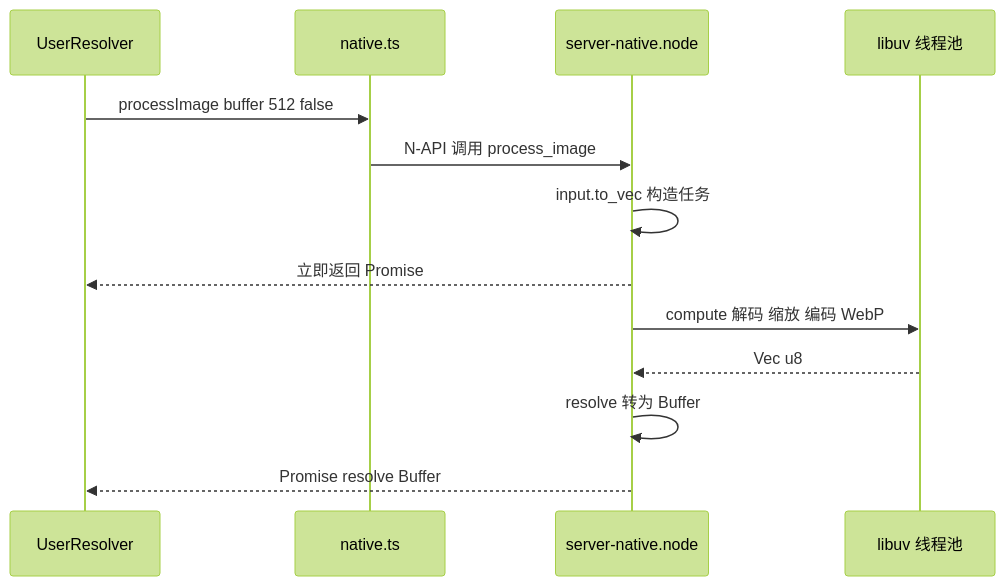
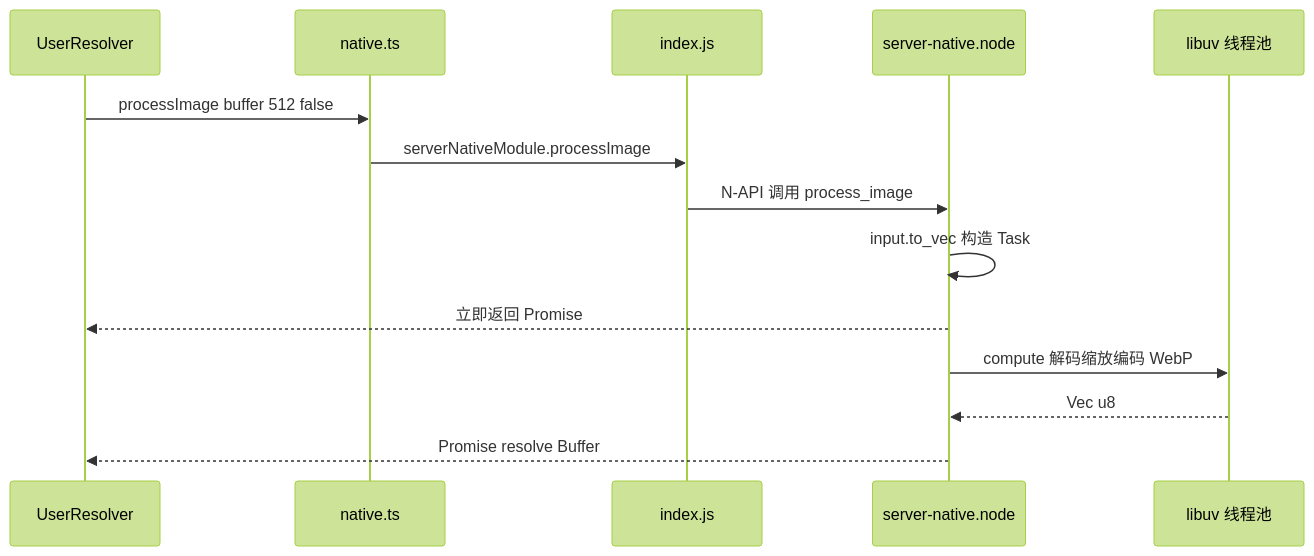
The fifth of 5 diagrams in learning-guide/slides/decks/07.md (lfire/AFFiNE), drawn with Mermaid (forest theme) before and after one commit. The commit also changed other lines of this file and 46 other files, not shown here.

````diff
--- a/learning-guide/slides/decks/07.md
+++ b/learning-guide/slides/decks/07.md
@@ -444,15 +523,16 @@
 ```mermaid
 sequenceDiagram
   participant R as UserResolver
   participant N as native.ts
+  participant J as index.js
   participant B as server-native.node
   participant T as libuv 线程池
   R->>N: processImage buffer 512 false
-  N->>B: N-API 调用 process_image
-  B->>B: input.to_vec 构造任务
+  N->>J: serverNativeModule.processImage
+  J->>B: N-API 调用 process_image
+  B->>B: input.to_vec 构造 Task
   B-->>R: 立即返回 Promise
-  B->>T: compute 解码 缩放 编码 WebP
+  B->>T: compute 解码缩放编码 WebP
   T-->>B: Vec u8
-  B->>B: resolve 转为 Buffer
   B-->>R: Promise resolve Buffer
 ```
````
